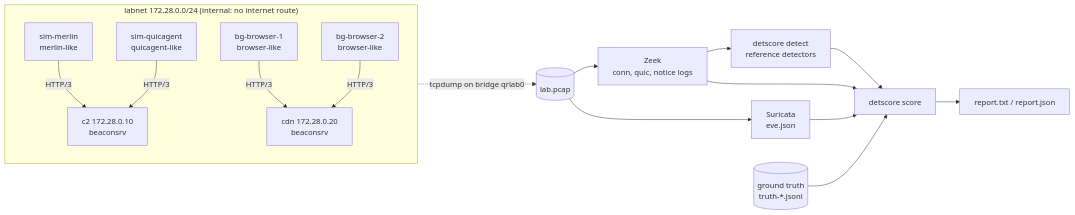
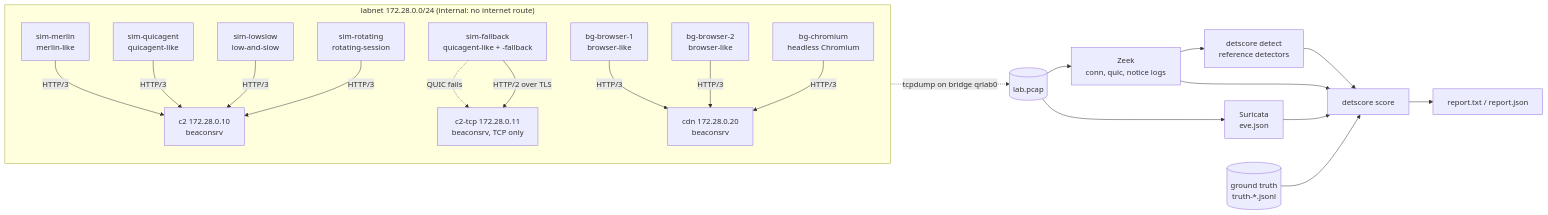
The diagram in docs/07-detection-lab.md (1337-llama/QUIC-Research-and-Defense), drawn with Mermaid before and after one commit. The commit also changed other lines of this file and 30 other files, not shown here.

````diff
--- a/docs/07-detection-lab.md
+++ b/docs/07-detection-lab.md
@@ -7,18 +7,23 @@
 ```mermaid
 flowchart LR
   subgraph labnet["labnet 172.28.0.0/24 (internal: no internet route)"]
     M[sim-merlin<br/>merlin-like] -->|HTTP/3| C2[c2 172.28.0.10<br/>beaconsrv]
     Q[sim-quicagent<br/>quicagent-like] -->|HTTP/3| C2
+    L[sim-lowslow<br/>low-and-slow] -->|HTTP/3| C2
+    RO[sim-rotating<br/>rotating-session] -->|HTTP/3| C2
+    F[sim-fallback<br/>quicagent-like + -fallback] -. QUIC fails .-> C2T[c2-tcp 172.28.0.11<br/>beaconsrv, TCP only]
+    F -->|HTTP/2 over TLS| C2T
     B1[bg-browser-1<br/>browser-like] -->|HTTP/3| CDN[cdn 172.28.0.20<br/>beaconsrv]
     B2[bg-browser-2<br/>browser-like] -->|HTTP/3| CDN
+    CH[bg-chromium<br/>headless Chromium] -->|HTTP/3| CDN
   end
   labnet -. tcpdump on bridge qrlab0 .-> P[(lab.pcap)]
   P --> Z[Zeek<br/>conn, quic, notice logs]
   P --> S[Suricata<br/>eve.json]
   Z --> D[detscore detect<br/>reference detectors]
   D --> R[detscore score]
   Z --> R
   S --> R
   T[(ground truth<br/>truth-*.jsonl)] --> R
   R --> O[report.txt / report.json]
 ```
````
